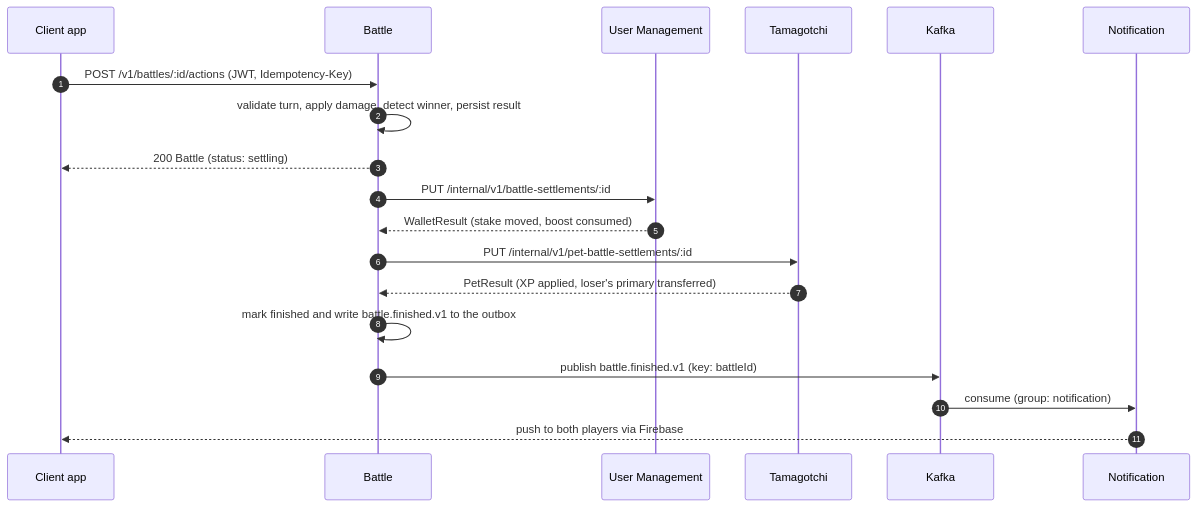
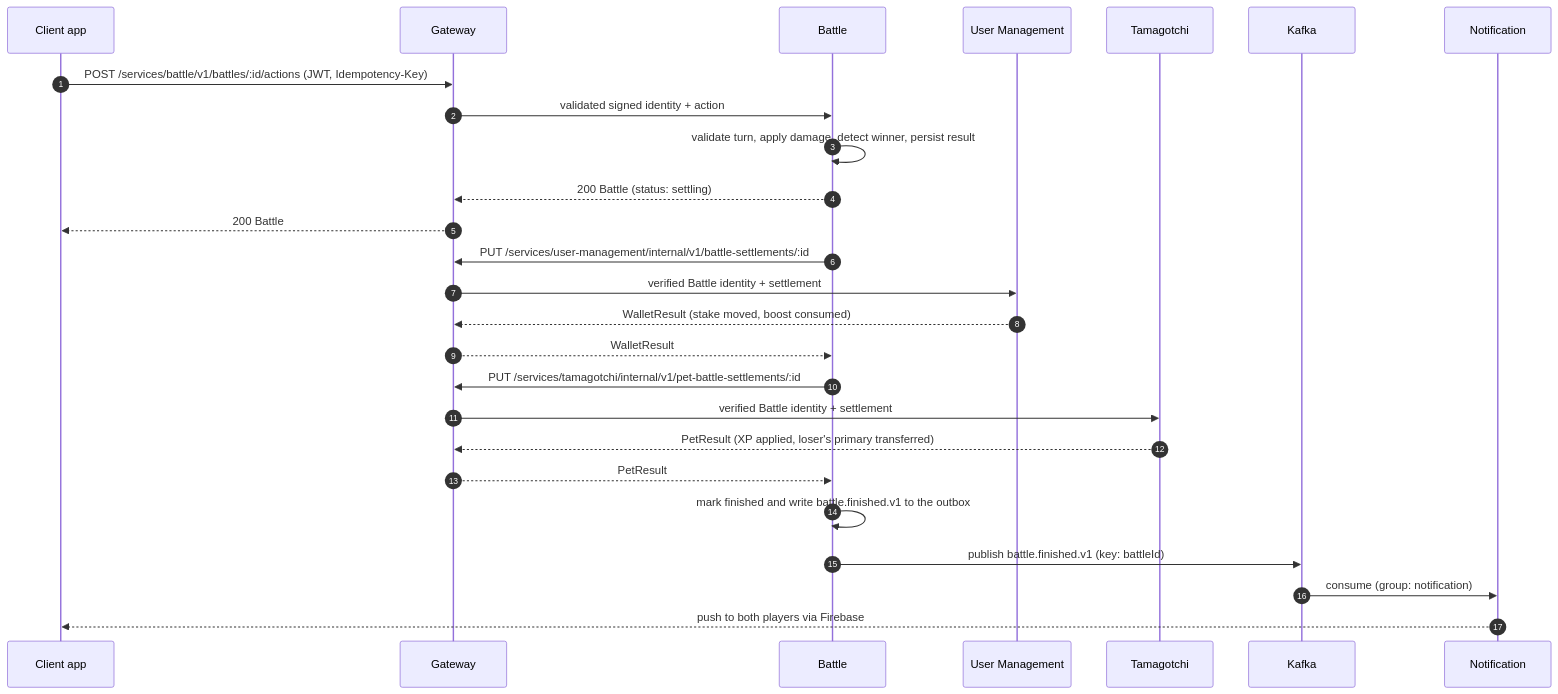
Before and after one commit to AlexDandy77/tamagotchi-go: the second of 2 diagrams in ARCHITECTURE.md, drawn with Mermaid. The commit also changed other lines of this file and 13 other files, not shown here.

````diff
--- a/ARCHITECTURE.md
+++ b/ARCHITECTURE.md
@@ -141,21 +123,28 @@
 ```mermaid
 sequenceDiagram
     autonumber
     participant C as Client app
+    participant GW as Gateway
     participant B as Battle
     participant UM as User Management
     participant T as Tamagotchi
     participant K as Kafka
     participant N as Notification
-    C->>B: POST /v1/battles/:id/actions (JWT, Idempotency-Key)
+    C->>GW: POST /services/battle/v1/battles/:id/actions (JWT, Idempotency-Key)
+    GW->>B: validated signed identity + action
     B->>B: validate turn, apply damage, detect winner, persist result
-    B-->>C: 200 Battle (status: settling)
-    B->>UM: PUT /internal/v1/battle-settlements/:id
-    UM-->>B: WalletResult (stake moved, boost consumed)
-    B->>T: PUT /internal/v1/pet-battle-settlements/:id
-    T-->>B: PetResult (XP applied, loser's primary transferred)
+    B-->>GW: 200 Battle (status: settling)
+    GW-->>C: 200 Battle
+    B->>GW: PUT /services/user-management/internal/v1/battle-settlements/:id
+    GW->>UM: verified Battle identity + settlement
+    UM-->>GW: WalletResult (stake moved, boost consumed)
+    GW-->>B: WalletResult
+    B->>GW: PUT /services/tamagotchi/internal/v1/pet-battle-settlements/:id
+    GW->>T: verified Battle identity + settlement
+    T-->>GW: PetResult (XP applied, loser's primary transferred)
+    GW-->>B: PetResult
     B->>B: mark finished and write battle.finished.v1 to the outbox
     B->>K: publish battle.finished.v1 (key: battleId)
     K->>N: consume (group: notification)
     N-->>C: push to both players via Firebase
 ```
````
